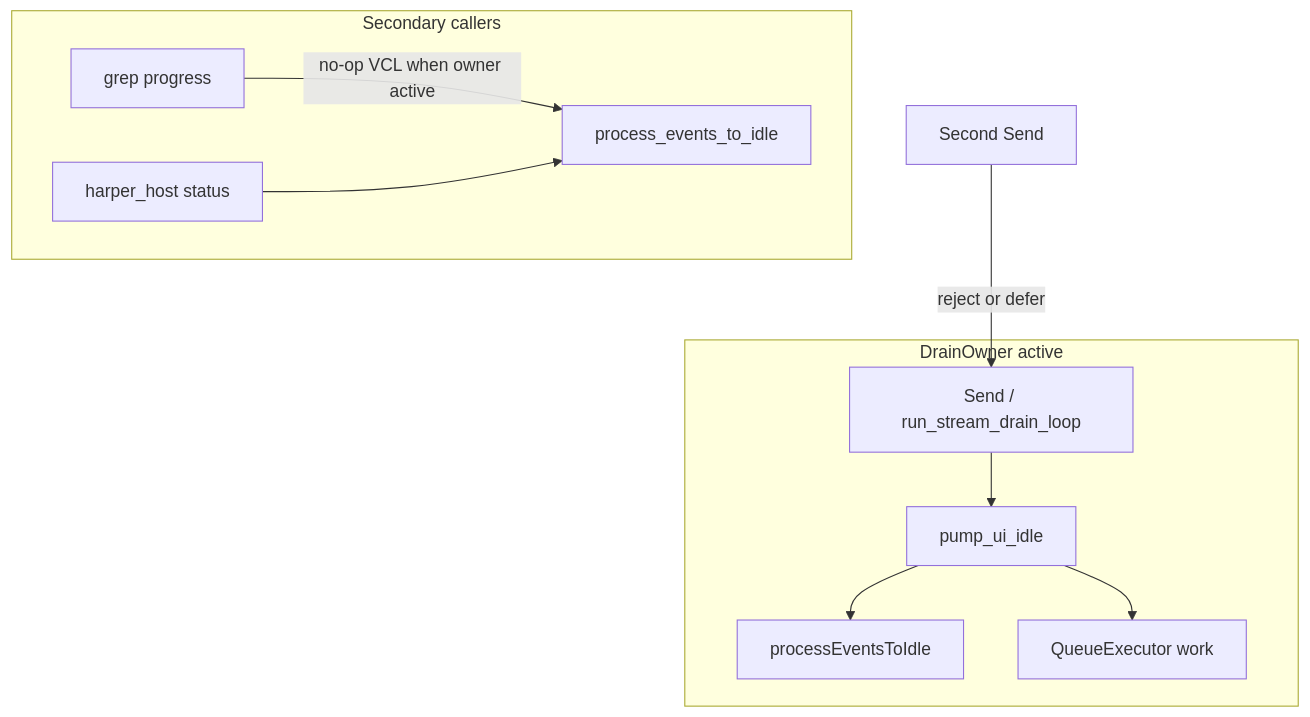
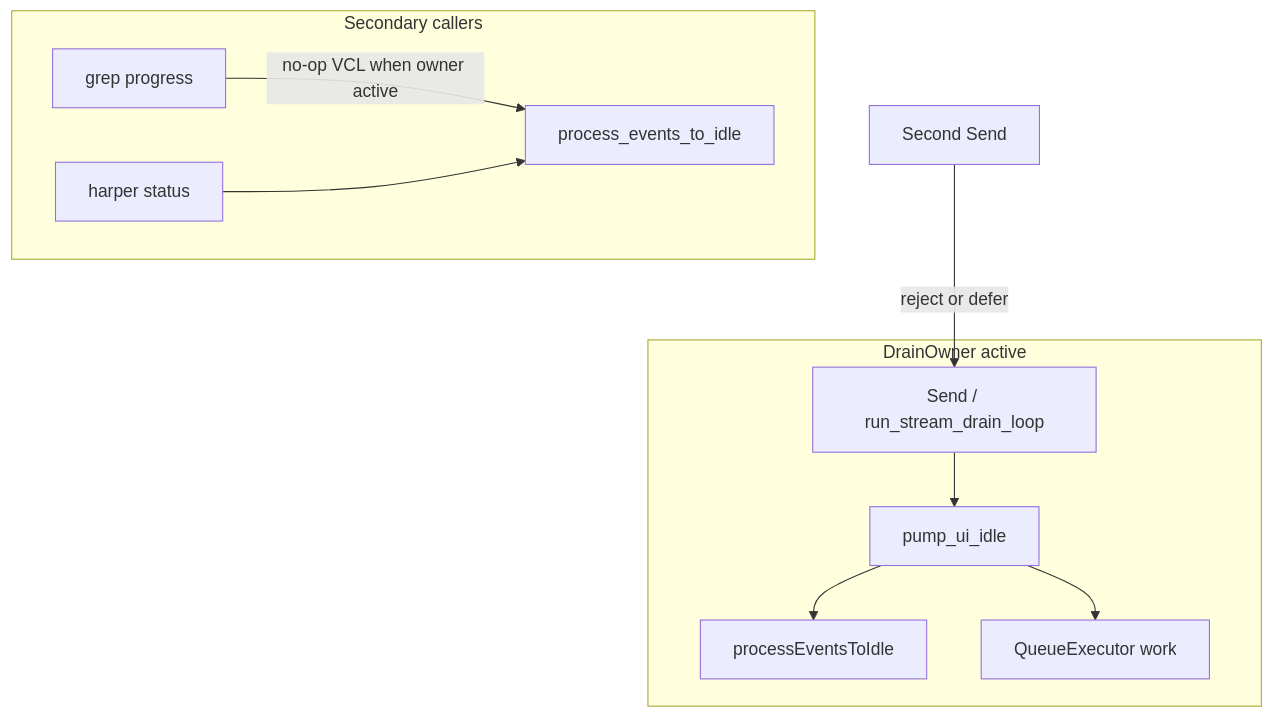
One commit to Augusto-Zolet/writeragent changed the first of 2 diagrams in docs/reentrancy-and-ipc-deadlock-prevention-plan.md. Above: the diagram before and after it, drawn with Mermaid. The commit also changed other lines of this file and 26 other files, not shown here.

````diff
--- a/docs/reentrancy-and-ipc-deadlock-prevention-plan.md
+++ b/docs/reentrancy-and-ipc-deadlock-prevention-plan.md
@@ -88,21 +88,21 @@
 ```mermaid
 flowchart TD
     subgraph owner [DrainOwner active]
         Send[Send / run_stream_drain_loop]
         Pump[pump_ui_idle]
         VCL[processEventsToIdle]
         Q[QueueExecutor work]
         Send --> Pump
         Pump --> Q
         Pump --> VCL
     end
 
     subgraph nonOwner [Secondary callers]
         Grep[grep progress]
-        Harper[harper_host status]
+        Harper[harper status]
         Grep -->|no-op VCL when owner active| ProcessEvents[process_events_to_idle]
         Harper --> ProcessEvents
     end
 
     NestedSend[Second Send] -->|reject or defer| Send
 ```
````
